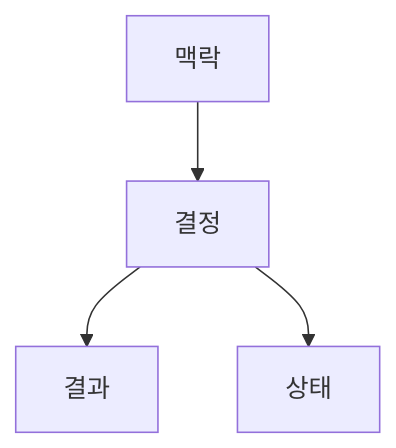
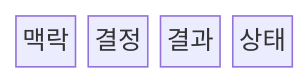
Before and after one commit to agnusdei1207/knowledge-base: the first of 2 diagrams in src/content/docs/notes/03-software/076_architecture_decision_record.md, drawn with Mermaid. The commit also changed other lines of this file and 20 other files, not shown here.

````diff
--- a/src/content/docs/notes/03-software/076_architecture_decision_record.md
+++ b/src/content/docs/notes/03-software/076_architecture_decision_record.md
@@ -55,6 +53,8 @@
 ```mermaid
-flowchart TD
-    C["맥락"] --> D["결정"]
-    D --> R["결과"]
-    D --> S["상태"]
+block
+  columns 4
+  C["맥락"]
+  D["결정"]
+  R["결과"]
+  S["상태"]
 ```
````
